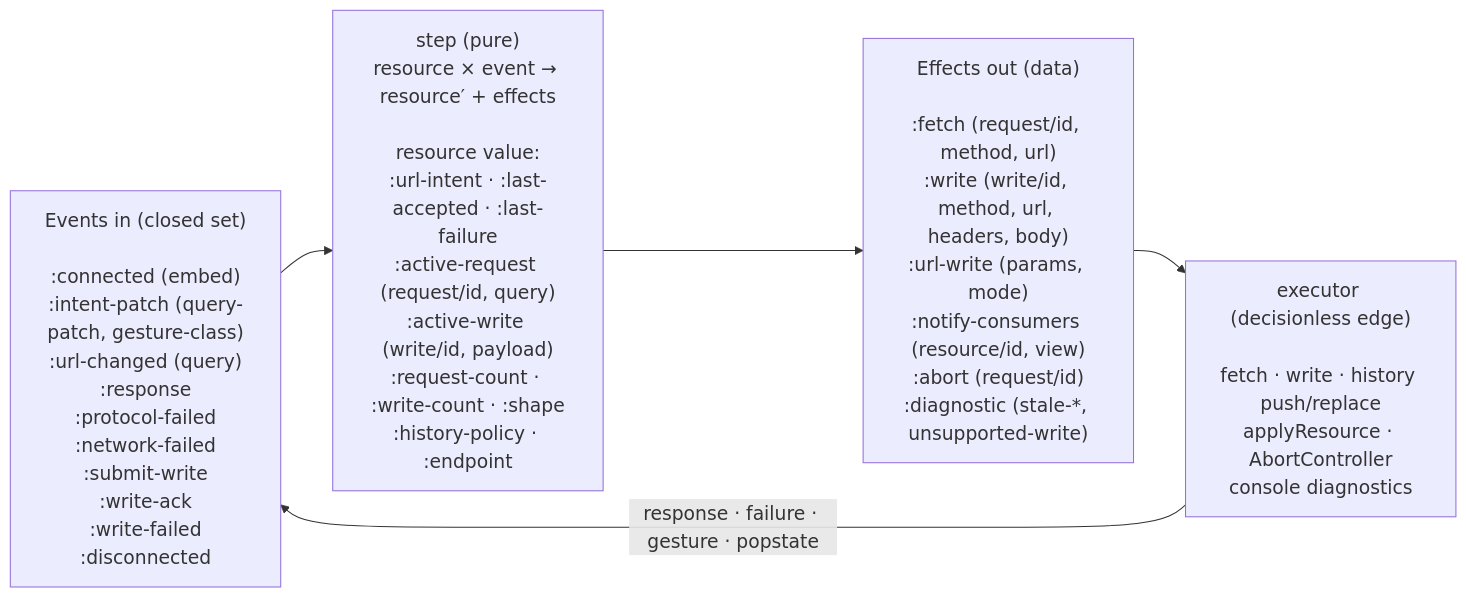
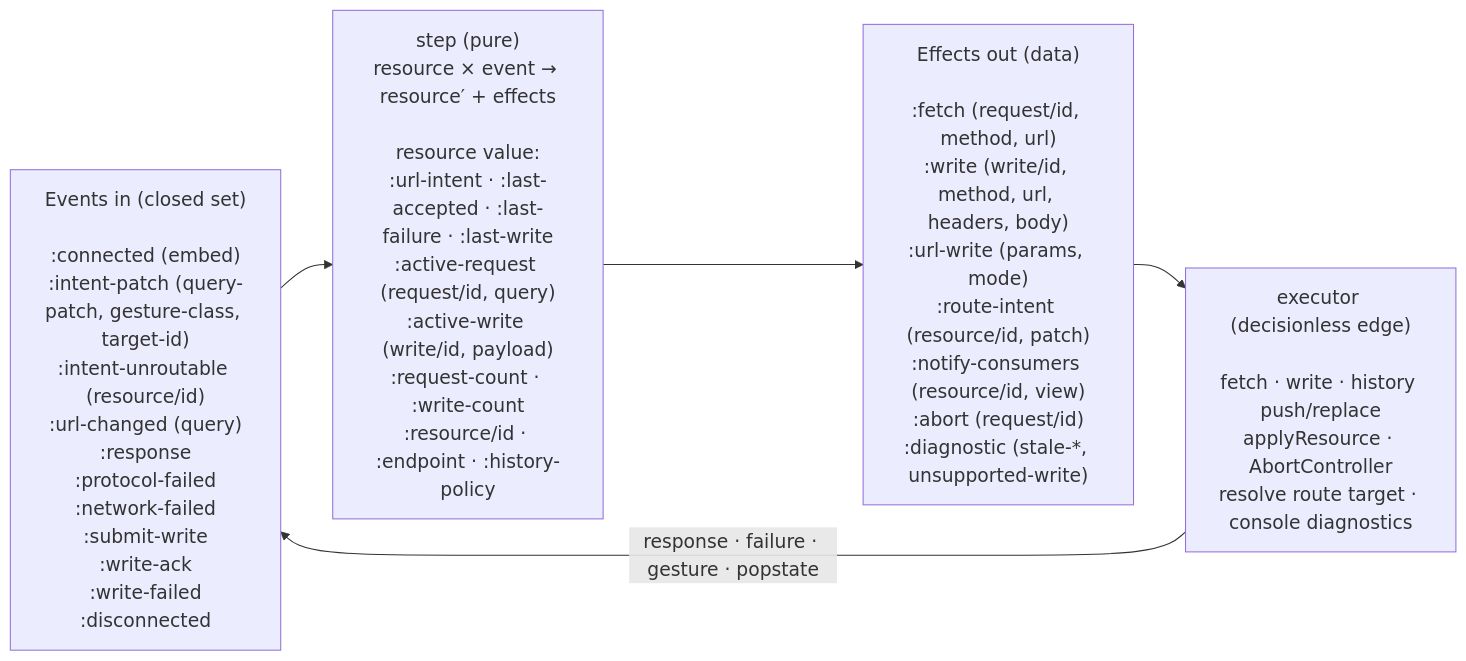
One commit to avanelsas/baredom changed the second of 2 diagrams in barebuild/README.md. Above: the diagram before and after it, drawn with Mermaid. The commit also changed other lines of this file and 6 other files, not shown here.

````diff
--- a/barebuild/README.md
+++ b/barebuild/README.md
@@ -75,14 +76,14 @@
 ```mermaid
 %%{init: {'themeVariables': {'fontSize': '18px'}}}%%
 flowchart LR
-  EVENTS["Events in (closed set)<br/><br/>:connected (embed)<br/>:intent-patch (query-patch, gesture-class)<br/>:url-changed (query)<br/>:response<br/>:protocol-failed<br/>:network-failed<br/>:submit-write<br/>:write-ack<br/>:write-failed<br/>:disconnected"]
+  EVENTS["Events in (closed set)<br/><br/>:connected (embed)<br/>:intent-patch (query-patch, gesture-class, target-id)<br/>:intent-unroutable (resource/id)<br/>:url-changed (query)<br/>:response<br/>:protocol-failed<br/>:network-failed<br/>:submit-write<br/>:write-ack<br/>:write-failed<br/>:disconnected"]
 
-  STEP["step (pure)<br/>resource × event → resource′ + effects<br/><br/>resource value:<br/>:url-intent · :last-accepted · :last-failure<br/>:active-request (request/id, query)<br/>:active-write (write/id, payload)<br/>:request-count · :write-count · :shape<br/>:history-policy · :endpoint"]
+  STEP["step (pure)<br/>resource × event → resource′ + effects<br/><br/>resource value:<br/>:url-intent · :last-accepted · :last-failure · :last-write<br/>:active-request (request/id, query)<br/>:active-write (write/id, payload)<br/>:request-count · :write-count<br/>:resource/id · :endpoint · :history-policy"]
 
-  EFFECTS["Effects out (data)<br/><br/>:fetch (request/id, method, url)<br/>:write (write/id, method, url, headers, body)<br/>:url-write (params, mode)<br/>:notify-consumers (resource/id, view)<br/>:abort (request/id)<br/>:diagnostic (stale-*, unsupported-write)"]
+  EFFECTS["Effects out (data)<br/><br/>:fetch (request/id, method, url)<br/>:write (write/id, method, url, headers, body)<br/>:url-write (params, mode)<br/>:route-intent (resource/id, patch)<br/>:notify-consumers (resource/id, view)<br/>:abort (request/id)<br/>:diagnostic (stale-*, unsupported-write)"]
 
-  EXEC["executor (decisionless edge)<br/><br/>fetch · write · history push/replace<br/>applyResource · AbortController<br/>console diagnostics"]
+  EXEC["executor (decisionless edge)<br/><br/>fetch · write · history push/replace<br/>applyResource · AbortController<br/>resolve route target · console diagnostics"]
 
   EVENTS --> STEP --> EFFECTS --> EXEC
   EXEC -->|"response · failure · gesture · popstate"| EVENTS
 ```
````
